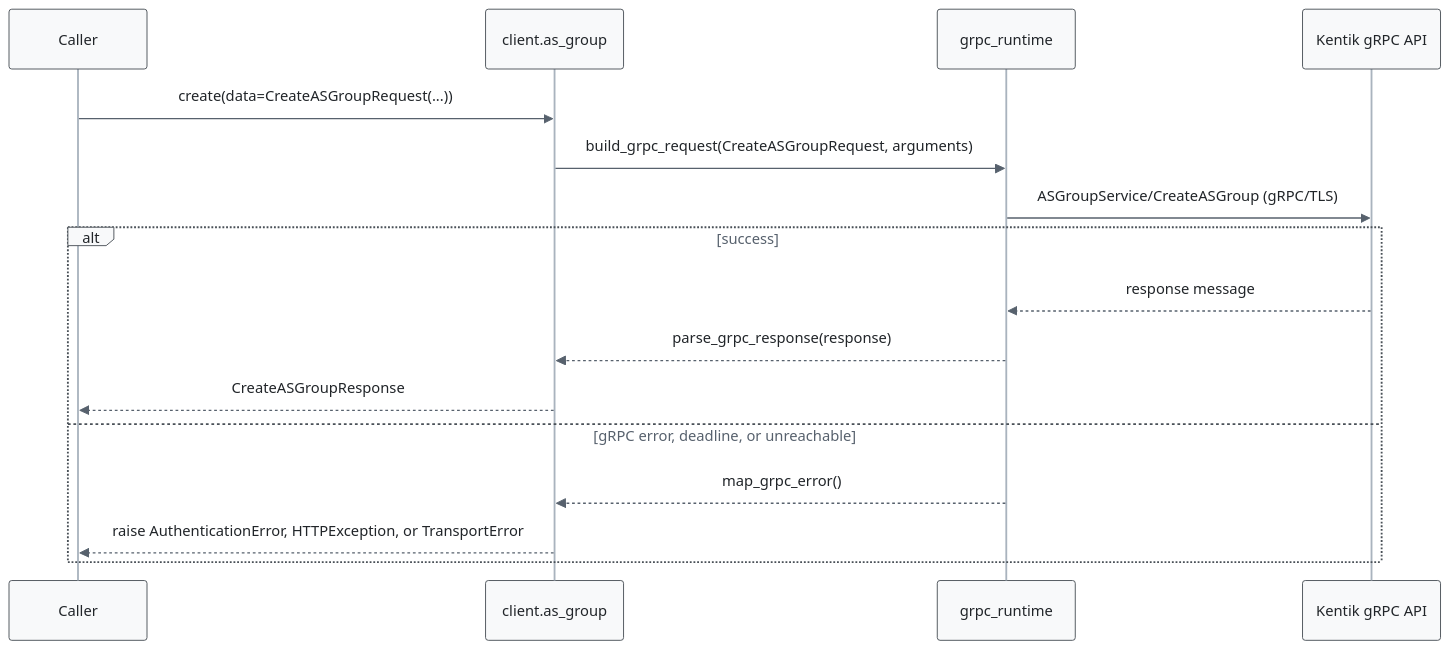
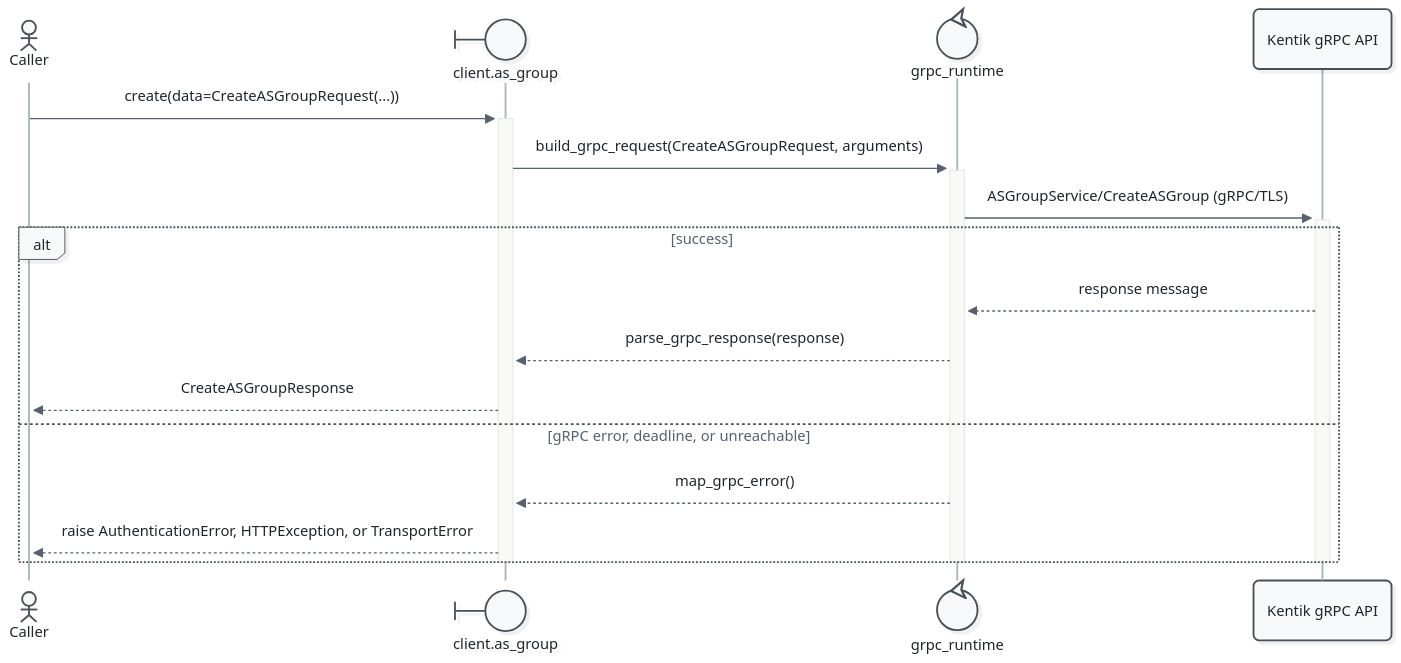
One commit to alexdearaujo/community_sdk_python changed the fourth of 11 diagrams in docs/sphinx/services/as_group.md. Above: the diagram before and after it, drawn with Mermaid. The commit also changed other lines of this file and 52 other files, not shown here.

First line of the commit message:
docs: Mermaid 12 sequence diagrams with participant types and path colors

````diff
--- a/docs/sphinx/services/as_group.md
+++ b/docs/sphinx/services/as_group.md
@@ -125,20 +132,23 @@
 ```mermaid
-%%{init: {"theme": "base", "fontFamily": "ui-monospace, SFMono-Regular, Menlo, monospace", "themeVariables": {"fontFamily": "ui-monospace, SFMono-Regular, Menlo, monospace", "primaryColor": "#f8f9fa", "primaryBorderColor": "#495057", "primaryTextColor": "#212529", "textColor": "#212529", "lineColor": "#77818c", "edgeLabelBackground": "#ffffff", "actorBkg": "#f8f9fa", "actorBorder": "#495057", "actorTextColor": "#212529", "actorLineColor": "#a9b3be", "signalColor": "#57616d", "signalTextColor": "#212529", "labelBoxBkgColor": "#f8f9fa", "labelBoxBorderColor": "#495057", "labelTextColor": "#212529", "loopTextColor": "#57616d", "noteBkgColor": "#fff9db", "noteBorderColor": "#f08c00", "noteTextColor": "#a35a00"}, "flowchart": {"curve": "step", "nodeSpacing": 30, "rankSpacing": 70, "wrappingWidth": 400}}}%%
+%%{init: {"theme": "redux", "look": "neo", "layout": "dagre", "fontFamily": "ui-monospace, SFMono-Regular, Menlo, monospace", "themeVariables": {"fontFamily": "ui-monospace, SFMono-Regular, Menlo, monospace", "primaryColor": "#f8f9fa", "primaryBorderColor": "#495057", "primaryTextColor": "#212529", "textColor": "#212529", "lineColor": "#77818c", "edgeLabelBackground": "#ffffff", "actorBkg": "#f8f9fa", "actorBorder": "#495057", "actorTextColor": "#212529", "actorLineColor": "#a9b3be", "signalColor": "#57616d", "signalTextColor": "#212529", "labelBoxBkgColor": "#f8f9fa", "labelBoxBorderColor": "#495057", "labelTextColor": "#212529", "loopTextColor": "#57616d", "noteBkgColor": "#fff9db", "noteBorderColor": "#f08c00", "noteTextColor": "#a35a00"}, "sequence": {"activationWidth": 16}, "flowchart": {"curve": "step", "nodeSpacing": 30, "rankSpacing": 70, "wrappingWidth": 400}}}%%
 sequenceDiagram
-    participant C as Caller
-    participant W as client.as_group
-    participant R as grpc_runtime
+    actor C as Caller
+    participant W@{ "type": "boundary" } as client.as_group
+    participant R@{ "type": "control" } as grpc_runtime
     participant API as Kentik gRPC API
 
-    C->>W: create(data=CreateASGroupRequest(...))
-    W->>R: build_grpc_request(CreateASGroupRequest, arguments)
-    R->>API: ASGroupService/CreateASGroup (gRPC/TLS)
+    C->>+W: create(data=CreateASGroupRequest(...))
+    W->>+R: build_grpc_request(CreateASGroupRequest, arguments)
+    R->>+API: ASGroupService/CreateASGroup (gRPC/TLS)
     alt success
         API-->>R: response message
         R-->>W: parse_grpc_response(response)
         W-->>C: CreateASGroupResponse
     else gRPC error, deadline, or unreachable
         R-->>W: map_grpc_error()
         W-->>C: raise AuthenticationError, HTTPException, or TransportError
     end
+    deactivate API
+    deactivate R
+    deactivate W
 ```
````
